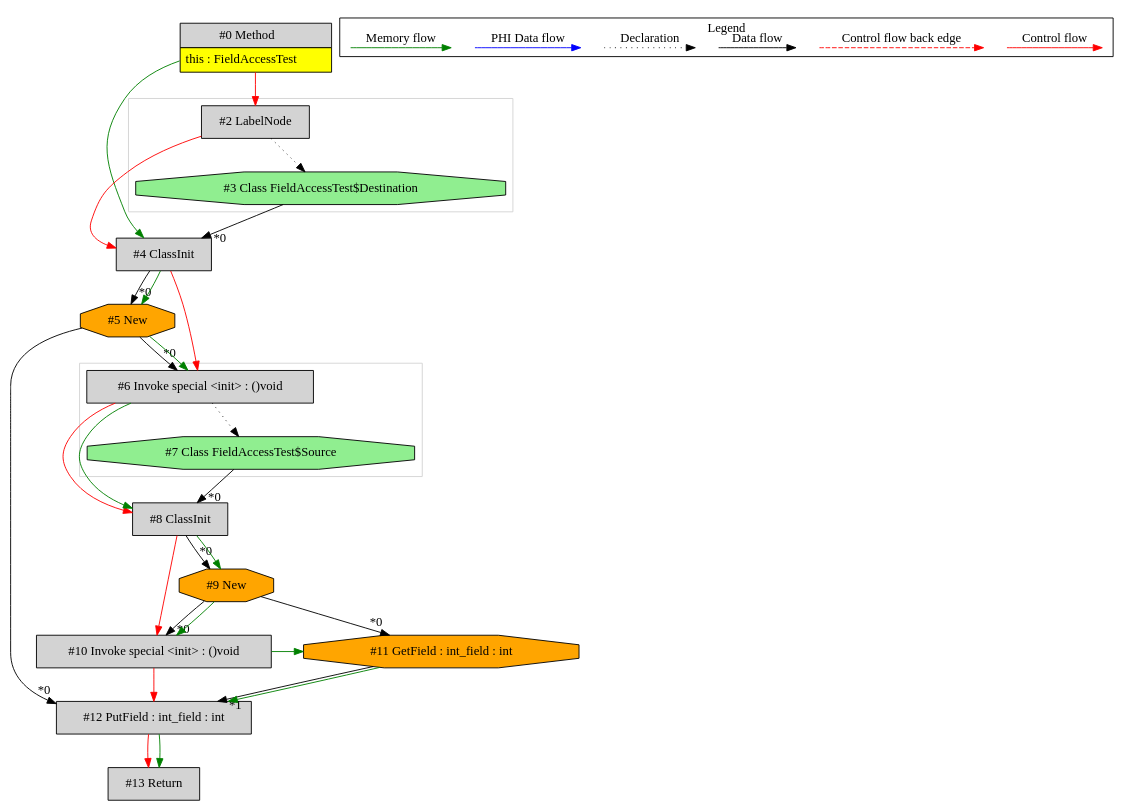
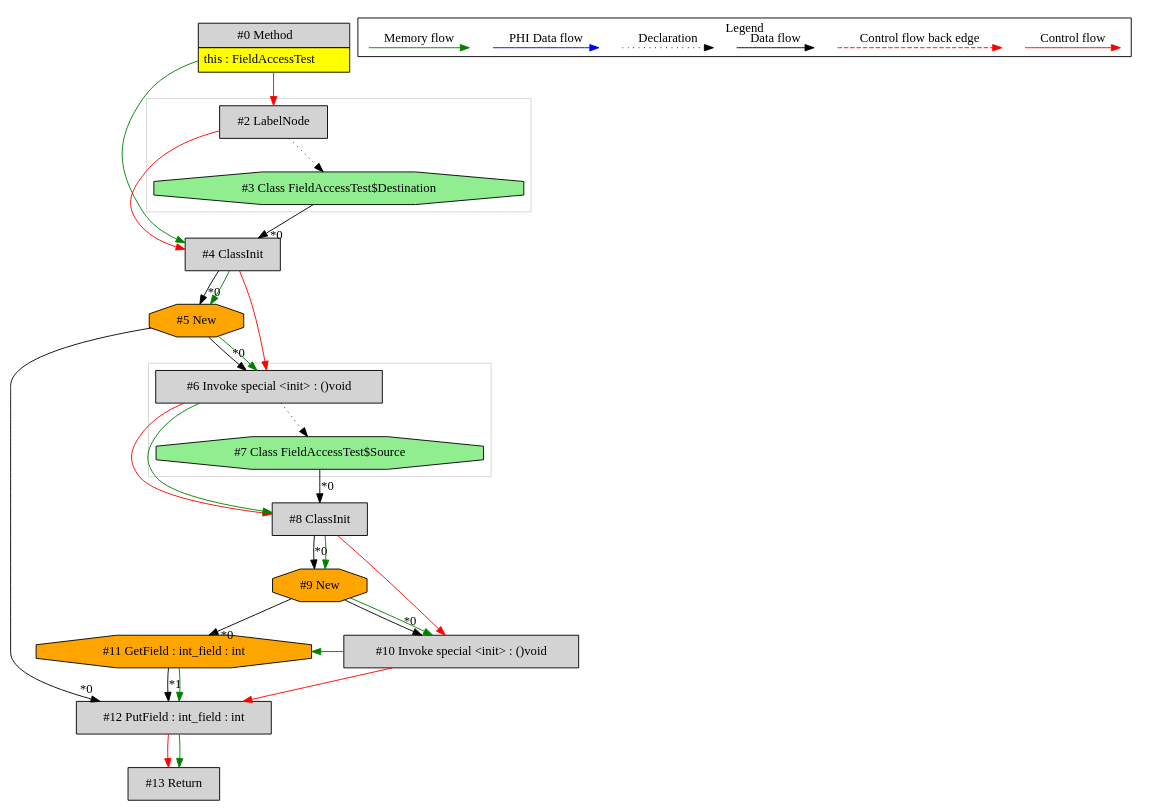
Before and after one commit to mirkosertic/MetaIR: the diagram in de.mirkosertic.metair.ir.examples.FieldAccessTest/copy_int/ir.dot, drawn with Graphviz. The commit also changed other lines of this file and 1230 other files, not shown here.

```diff
--- a/de.mirkosertic.metair.ir.examples.FieldAccessTest/copy_int/ir.dot
+++ b/de.mirkosertic.metair.ir.examples.FieldAccessTest/copy_int/ir.dot
@@ -1,79 +1,79 @@
 digraph {
  ordering="in";
  node0[margin="0", label=<<table border="0" cellborder="1" cellspacing="0" cellpadding="5"><tr><td colspan="1">#0 Method</td></tr><tr><td port="prj1" bgcolor="yellow">this : FieldAccessTest</td></tr></table>>,shape=none, fillcolor=lightgrey, style=filled];
  node4[label="#4 ClassInit",shape=box, fillcolor=lightgrey, style=filled];
  node3 -> node4[headlabel="*0", labeldistance=2];
  node2 -> node4[labeldistance=2, color=red, fontcolor=red];
  node0 -> node4[labeldistance=2, color=green, constraint=false];
  node2[label="#2 LabelNode",shape=box, fillcolor=lightgrey, style=filled];
  node0 -> node2[labeldistance=2, color=red, fontcolor=red];
  node3[label="#3 Class FieldAccessTest$Destination",shape=octagon, fillcolor=lightgreen, style=filled];
  node2 -> node3[style=dotted];
  node5[label="#5 New",shape=octagon, fillcolor=orange, style=filled];
  node4 -> node5[headlabel="*0", labeldistance=2];
  node4 -> node5[labeldistance=2, color=green, constraint=false];
+ node12[label="#12 PutField : int_field : int",shape=box, fillcolor=lightgrey, style=filled];
+ node5 -> node12[headlabel="*0", labeldistance=2];
+ node11 -> node12[headlabel="*1", labeldistance=2];
+ node11 -> node12[labeldistance=2, color=green, constraint=false];
+ node10 -> node12[labeldistance=2, color=red, fontcolor=red];
+ node10[label="#10 Invoke special <init> : ()void",shape=box, fillcolor=lightgrey, style=filled];
+ node9 -> node10[headlabel="*0", labeldistance=2];
+ node8 -> node10[labeldistance=2, color=red, fontcolor=red];
+ node9 -> node10[labeldistance=2, color=green, constraint=false];
+ node9[label="#9 New",shape=octagon, fillcolor=orange, style=filled];
+ node8 -> node9[headlabel="*0", labeldistance=2];
+ node8 -> node9[labeldistance=2, color=green, constraint=false];
+ node8[label="#8 ClassInit",shape=box, fillcolor=lightgrey, style=filled];
+ node7 -> node8[headlabel="*0", labeldistance=2];
+ node6 -> node8[labeldistance=2, color=red, fontcolor=red];
+ node6 -> node8[labeldistance=2, color=green, constraint=false];
  node6[label="#6 Invoke special <init> : ()void",shape=box, fillcolor=lightgrey, style=filled];
  node5 -> node6[headlabel="*0", labeldistance=2];
  node4 -> node6[labeldistance=2, color=red, fontcolor=red];
  node5 -> node6[labeldistance=2, color=green, constraint=false];
  node7[label="#7 Class FieldAccessTest$Source",shape=octagon, fillcolor=lightgreen, style=filled];
  node6 -> node7[style=dotted];
- node8[label="#8 ClassInit",shape=box, fillcolor=lightgrey, style=filled];
- node7 -> node8[headlabel="*0", labeldistance=2];
- node6 -> node8[labeldistance=2, color=red, fontcolor=red];
- node6 -> node8[labeldistance=2, color=green, constraint=false];
- node9[label="#9 New",shape=octagon, fillcolor=orange, style=filled];
- node8 -> node9[headlabel="*0", labeldistance=2];
- node8 -> node9[labeldistance=2, color=green, constraint=false];
  node11[label="#11 GetField : int_field : int",shape=octagon, fillcolor=orange, style=filled];
  node9 -> node11[headlabel="*0", labeldistance=2];
  node10 -> node11[labeldistance=2, color=green, constraint=false];
- node10[label="#10 Invoke special <init> : ()void",shape=box, fillcolor=lightgrey, style=filled];
- node9 -> node10[headlabel="*0", labeldistance=2];
- node8 -> node10[labeldistance=2, color=red, fontcolor=red];
- node9 -> node10[labeldistance=2, color=green, constraint=false];
- node12[label="#12 PutField : int_field : int",shape=box, fillcolor=lightgrey, style=filled];
- node5 -> node12[headlabel="*0", labeldistance=2];
- node11 -> node12[headlabel="*1", labeldistance=2];
- node11 -> node12[labeldistance=2, color=green, constraint=false];
- node10 -> node12[labeldistance=2, color=red, fontcolor=red];
  node13[label="#13 Return",shape=box, fillcolor=lightgrey, style=filled];
  node12 -> node13[labeldistance=2, color=red, fontcolor=red];
  node12 -> node13[labeldistance=2, color=green, constraint=false];
  subgraph cluster_0 {
   color=lightgray;
-  node6;
-  node7;
+  node2;
+  node3;
  }
  subgraph cluster_1 {
   color=lightgray;
-  node2;
-  node3;
+  node6;
+  node7;
  }
  subgraph cluster_000 {
   label = "Legend";
   node [shape=point]
   {
    rank=same;
    c0 [style = invis];
    c1 [style = invis];
    c2 [style = invis];
    c3 [style = invis];
    d0 [style = invis];
    d1 [style = invis];
    d2 [style = invis];
    d3 [style = invis];
    d4 [style = invis];
    d5 [style = invis];
    d6 [style = invis];
    d7 [style = invis];
   }
   c0 -> c1 [label="Control flow", style=solid, color=red]
   c2 -> c3 [label="Control flow back edge", style=dashed, color=red]
   d0 -> d1 [label="Data flow"]
   d2 -> d3 [label="Declaration", style=dotted]
   d4 -> d5 [label="PHI Data flow", color=blue]
   d6 -> d7 [label="Memory flow", color=green]
  }
 
 }
```
